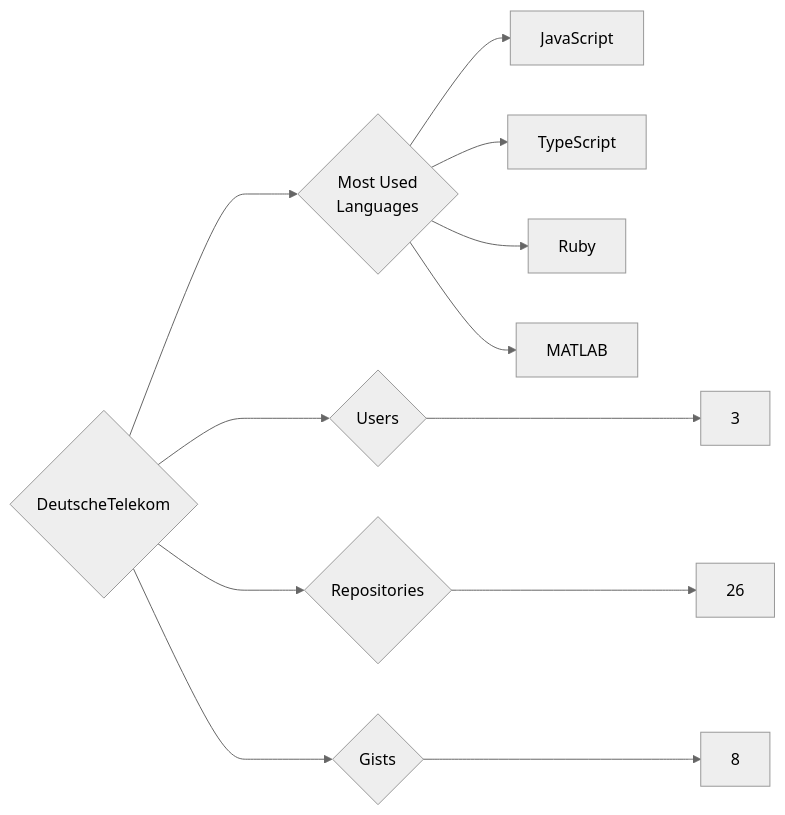
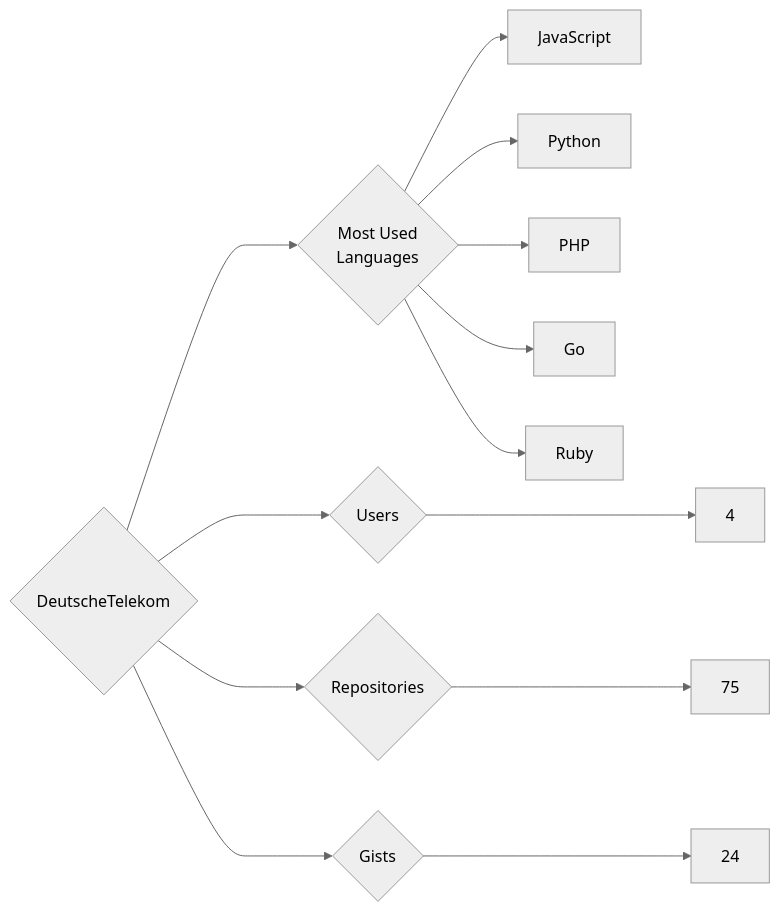
The diagram in targets/DeutscheTelekom/README.md (trickest/insiders), drawn with Mermaid (neutral theme) before and after one commit. The commit also changed 938 other files, not shown here.

````diff
--- a/targets/DeutscheTelekom/README.md
+++ b/targets/DeutscheTelekom/README.md
@@ -3,12 +3,13 @@
 ```mermaid
 graph LR
 COMPANY_NAME{DeutscheTelekom}
-COMPANY_NAME ---> U{Users} ---> UN[3]
-COMPANY_NAME ---> R{Repositories} ---> RN[26]
-COMPANY_NAME ---> G{Gists} ---> GN[8]
+COMPANY_NAME ---> U{Users} ---> UN[4]
+COMPANY_NAME ---> R{Repositories} ---> RN[75]
+COMPANY_NAME ---> G{Gists} ---> GN[24]
 COMPANY_NAME ---> ML{Most Used<br>Languages}
 ML --> JavaScript[JavaScript]
-ML --> TypeScript[TypeScript]
+ML --> Python[Python]
+ML --> PHP[PHP]
+ML --> Go[Go]
 ML --> Ruby[Ruby]
-ML --> MATLAB[MATLAB]
 ```
````
